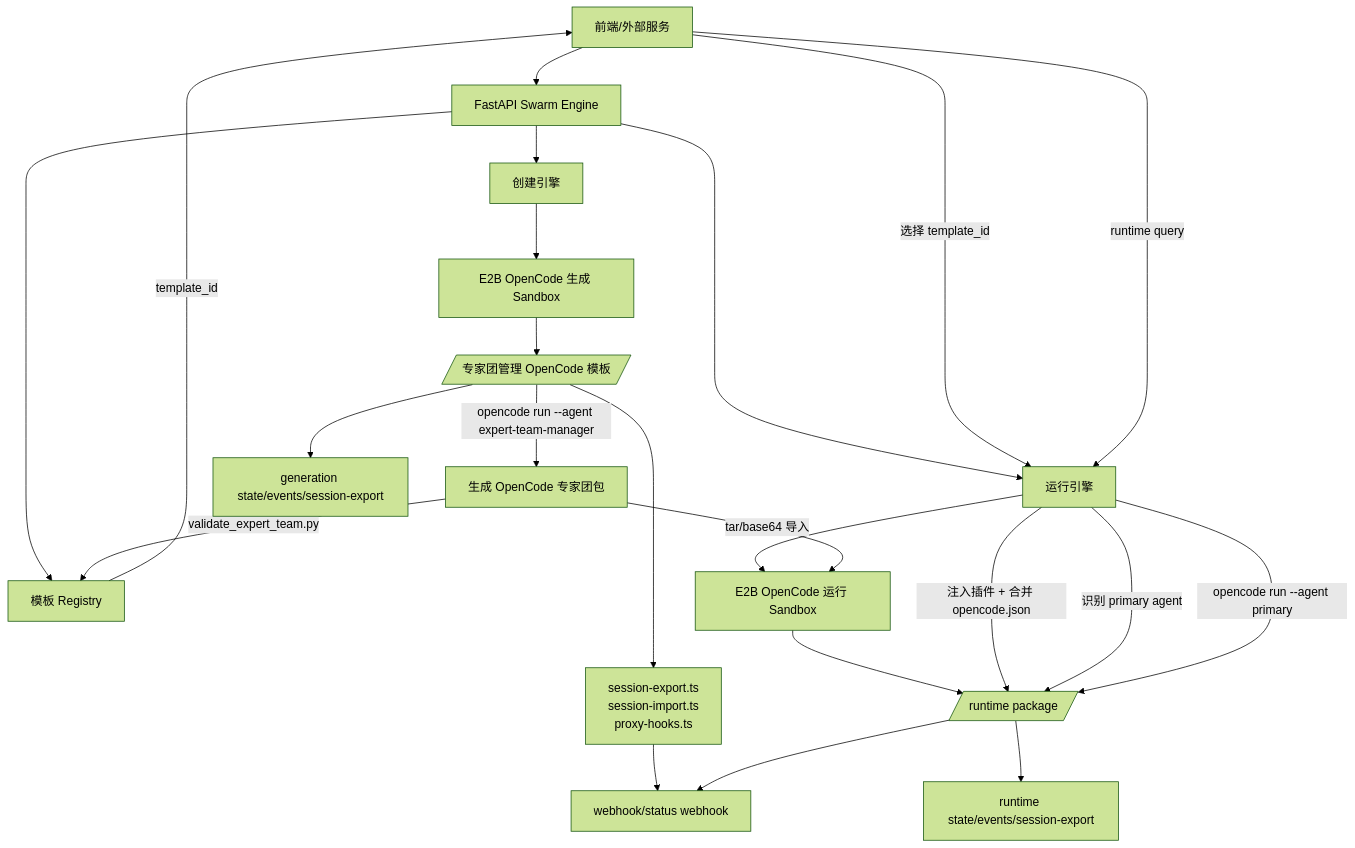
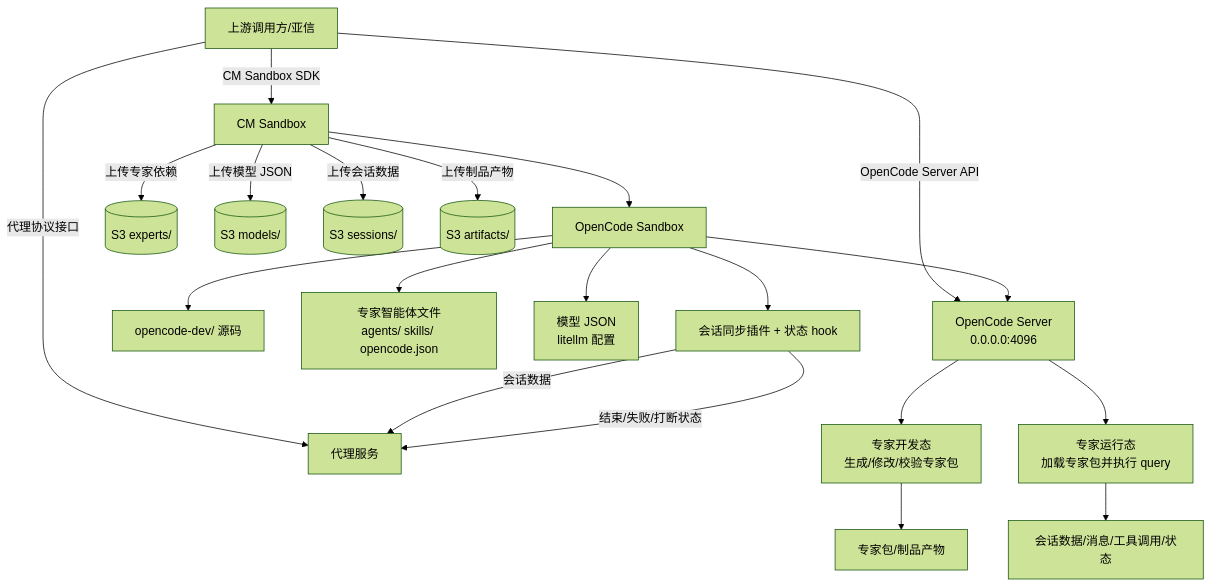
Before and after one commit to xiaodong528/joinai-swarm-agent-backend: the diagram in README.md, drawn with Mermaid (forest theme). The commit also changed other lines of this file and 1 other file, not shown here.

Commit message:
Update CM Sandbox integration plan docs

````diff
--- a/README.md
+++ b/README.md
@@ -14,28 +22,27 @@
 ```mermaid
 flowchart TD
-    FE[前端/外部服务] --> API[FastAPI Swarm Engine]
-    API --> GEN[创建引擎]
-    API --> REG[模板 Registry]
-    API --> RUN[运行引擎]
+    UP[上游调用方/亚信] -->|CM Sandbox SDK| CM[CM Sandbox]
+    UP -->|OpenCode Server API| OCAPI[OpenCode Server<br/>0.0.0.0:4096]
+    UP -->|代理协议接口| PROXY[代理服务]
 
-    GEN --> GSBOX[E2B OpenCode 生成 Sandbox]
-    GSBOX --> MANAGER[/专家团管理 OpenCode 模板/]
-    MANAGER --> PLUGINS[session-export.ts<br/>session-import.ts<br/>proxy-hooks.ts]
-    MANAGER -->|opencode run --agent expert-team-manager| PACKAGE[生成 OpenCode 专家团包]
-    PACKAGE -->|validate_expert_team.py| REG
-    REG -->|template_id| FE
+    CM --> BOX[OpenCode Sandbox]
+    BOX --> OCAPI
+    BOX --> OPDEV[opencode-dev/ 源码]
+    BOX --> EXPERT[专家智能体文件<br/>agents/ skills/ opencode.json]
+    BOX --> MODEL[模型 JSON<br/>litellm 配置]
+    BOX --> PLUGIN[会话同步插件 + 状态 hook]
 
-    FE -->|选择 template_id| RUN
-    RUN --> RSBOX[E2B OpenCode 运行 Sandbox]
-    PACKAGE -->|tar/base64 导入| RSBOX
-    RSBOX --> RPKG[/runtime package/]
-    RUN -->|注入插件 + 合并 opencode.json| RPKG
-    RUN -->|识别 primary agent| RPKG
-    FE -->|runtime query| RUN
-    RUN -->|opencode run --agent primary| RPKG
+    OCAPI --> DEV[专家开发态<br/>生成/修改/校验专家包]
+    OCAPI --> RUN[专家运行态<br/>加载专家包并执行 query]
 
-    MANAGER --> GSTATE[generation state/events/session-export]
-    RPKG --> RSTATE[runtime state/events/session-export]
-    PLUGINS --> WEBHOOK[webhook/status webhook]
-    RPKG --> WEBHOOK
+    DEV --> ARTIFACT[专家包/制品产物]
+    RUN --> SESSION[会话数据/消息/工具调用/状态]
+
+    PLUGIN -->|会话数据| PROXY
+    PLUGIN -->|结束/失败/打断状态| PROXY
+
+    CM -->|上传专家依赖| S3EXP[(S3 experts/)]
+    CM -->|上传模型 JSON| S3MODEL[(S3 models/)]
+    CM -->|上传会话数据| S3SESSION[(S3 sessions/)]
+    CM -->|上传制品产物| S3ART[(S3 artifacts/)]
 ```
````
